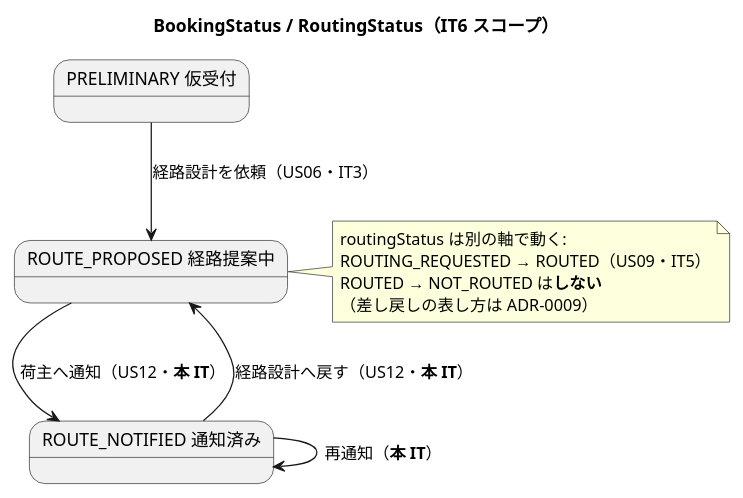
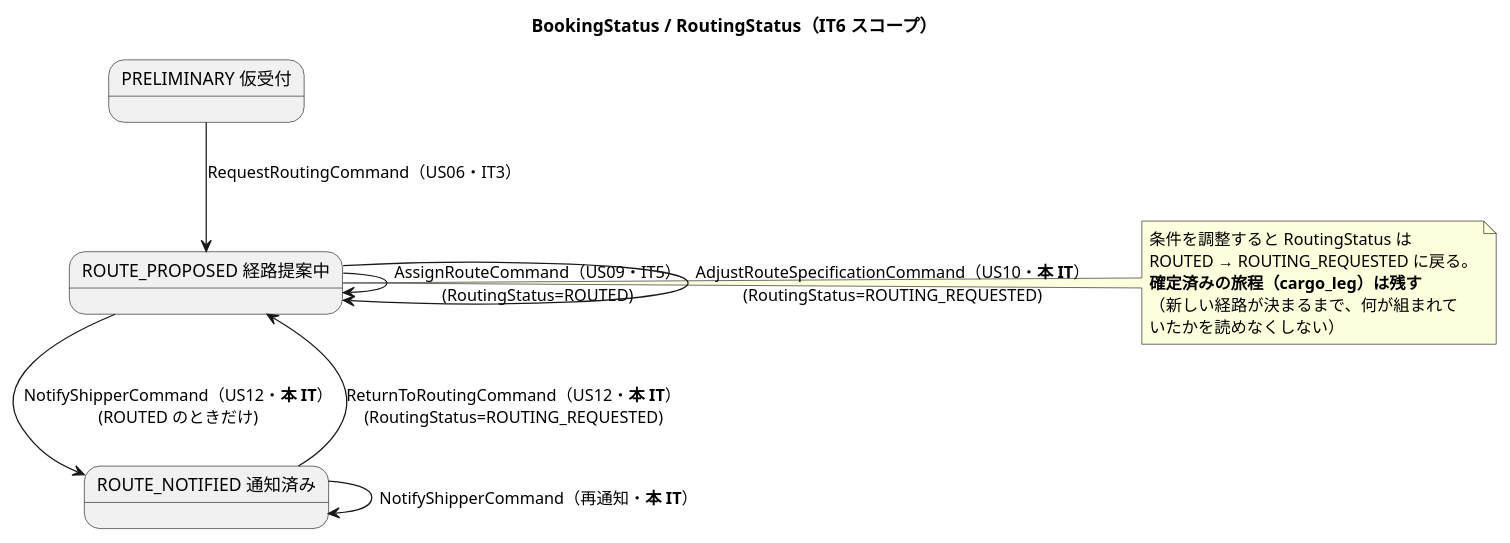
One commit to k2works/case-study-cargo-tracker changed the third of 5 diagrams in docs/development/cargo-tracker/iteration_plan-6.md. Above: the diagram before and after it, drawn with PlantUML. The commit also changed other lines of this file and 1 other file, not shown here.

````diff
--- a/docs/development/cargo-tracker/iteration_plan-6.md
+++ b/docs/development/cargo-tracker/iteration_plan-6.md
@@ -155,21 +197,24 @@
 ```plantuml
 @startuml
 title BookingStatus / RoutingStatus（IT6 スコープ）
 
 state "PRELIMINARY 仮受付" as P
 state "ROUTE_PROPOSED 経路提案中" as RP
 state "ROUTE_NOTIFIED 通知済み" as RN
 
-P --> RP : 経路設計を依頼（US06・IT3）
-RP --> RN : 荷主へ通知（US12・**本 IT**）
-RN --> RP : 経路設計へ戻す（US12・**本 IT**）
-RN --> RN : 再通知（**本 IT**）
+P --> RP : RequestRoutingCommand（US06・IT3）
+RP --> RP : AssignRouteCommand（US09・IT5）\n(RoutingStatus=ROUTED)
+RP --> RP : AdjustRouteSpecificationCommand（US10・**本 IT**）\n(RoutingStatus=ROUTING_REQUESTED)
+RP --> RN : NotifyShipperCommand（US12・**本 IT**）\n(ROUTED のときだけ)
+RN --> RN : NotifyShipperCommand（再通知・**本 IT**）
+RN --> RP : ReturnToRoutingCommand（US12・**本 IT**）\n(RoutingStatus=ROUTING_REQUESTED)
 
 note right of RP
-  routingStatus は別の軸で動く:
-  ROUTING_REQUESTED → ROUTED（US09・IT5）
-  ROUTED → NOT_ROUTED は**しない**
-  （差し戻しの表し方は ADR-0009）
+  条件を調整すると RoutingStatus は
+  ROUTED → ROUTING_REQUESTED に戻る。
+  **確定済みの旅程（cargo_leg）は残す**
+  （新しい経路が決まるまで、何が組まれて
+  いたかを読めなくしない）
 end note
 @enduml
 ```
````
